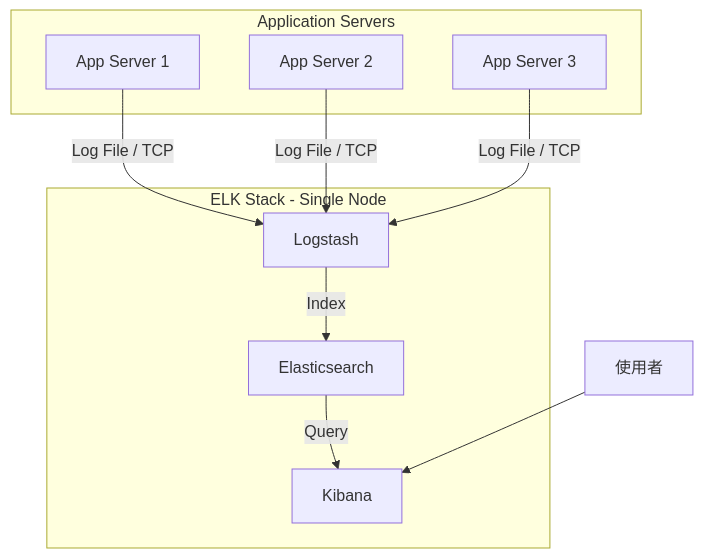
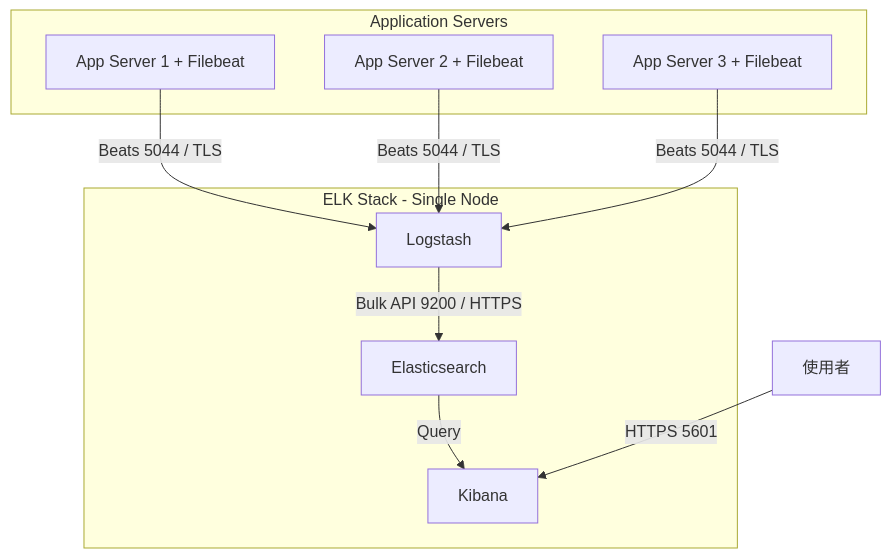
One commit to chihhung/Blog changed the sixth of 28 diagrams in content/posts/教學/工具/ELK-Stack教學手冊.md. Above: the diagram before and after it, drawn with Mermaid. The commit also changed other lines of this file and 8 other files, not shown here.

````diff
--- a/content/posts/教學/工具/ELK-Stack教學手冊.md
+++ b/content/posts/教學/工具/ELK-Stack教學手冊.md
@@ -337,23 +712,23 @@
 ```mermaid
 graph TB
     subgraph "Application Servers"
-        App1[App Server 1]
-        App2[App Server 2]
-        App3[App Server 3]
+        App1[App Server 1 + Filebeat]
+        App2[App Server 2 + Filebeat]
+        App3[App Server 3 + Filebeat]
     end
-    
+
     subgraph "ELK Stack - Single Node"
         LS[Logstash]
         ES[Elasticsearch]
         K[Kibana]
     end
-    
-    App1 -->|"Log File / TCP"| LS
-    App2 -->|"Log File / TCP"| LS
-    App3 -->|"Log File / TCP"| LS
-    
-    LS -->|"Index"| ES
+
+    App1 -->|"Beats 5044 / TLS"| LS
+    App2 -->|"Beats 5044 / TLS"| LS
+    App3 -->|"Beats 5044 / TLS"| LS
+
+    LS -->|"Bulk API 9200 / HTTPS"| ES
     ES -->|"Query"| K
-    
-    User[使用者] --> K
+
+    User[使用者] -->|"HTTPS 5601"| K
 ```
````
